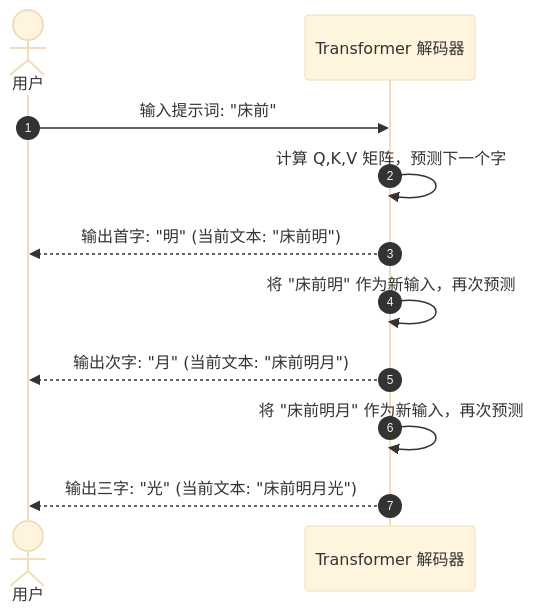
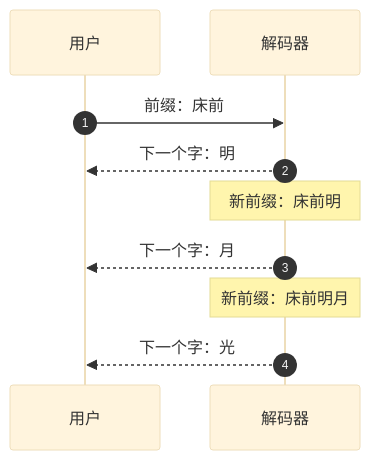
Before and after one commit to cluster1900/zero2llm: the third of 3 diagrams in chapters/07_encoder_decoder.md, drawn with Mermaid (base theme). The commit also changed other lines of this file and 74 other files, not shown here.

Commit message:
Fix EPUB flowcharts and refresh reading downloads [refresh-release]

````diff
--- a/chapters/07_encoder_decoder.md
+++ b/chapters/07_encoder_decoder.md
@@ -149,13 +153,14 @@
 ```mermaid
 sequenceDiagram
+    accTitle: 自回归生成：每次多接一个字
+    accDescr: 输入床前，依次生成明、月、光，每轮都把新增文字放回前缀。
     autonumber
-    actor 用户
-    participant 大模型 as Transformer 解码器
-    用户->>大模型: 输入提示词: "床前"
-    大模型->>大模型: 计算 Q,K,V 矩阵，预测下一个字
-    大模型-->>用户: 输出首字: "明" (当前文本: "床前明")
-    大模型->>大模型: 将 "床前明" 作为新输入，再次预测
-    大模型-->>用户: 输出次字: "月" (当前文本: "床前明月")
-    大模型->>大模型: 将 "床前明月" 作为新输入，再次预测
-    大模型-->>用户: 输出三字: "光" (当前文本: "床前明月光")
+    participant U as 用户
+    participant M as 解码器
+    U->>M: 前缀：床前
+    M-->>U: 下一个字：明
+    Note over M: 新前缀：床前明
+    M-->>U: 下一个字：月
+    Note over M: 新前缀：床前明月
+    M-->>U: 下一个字：光
 ```
````
